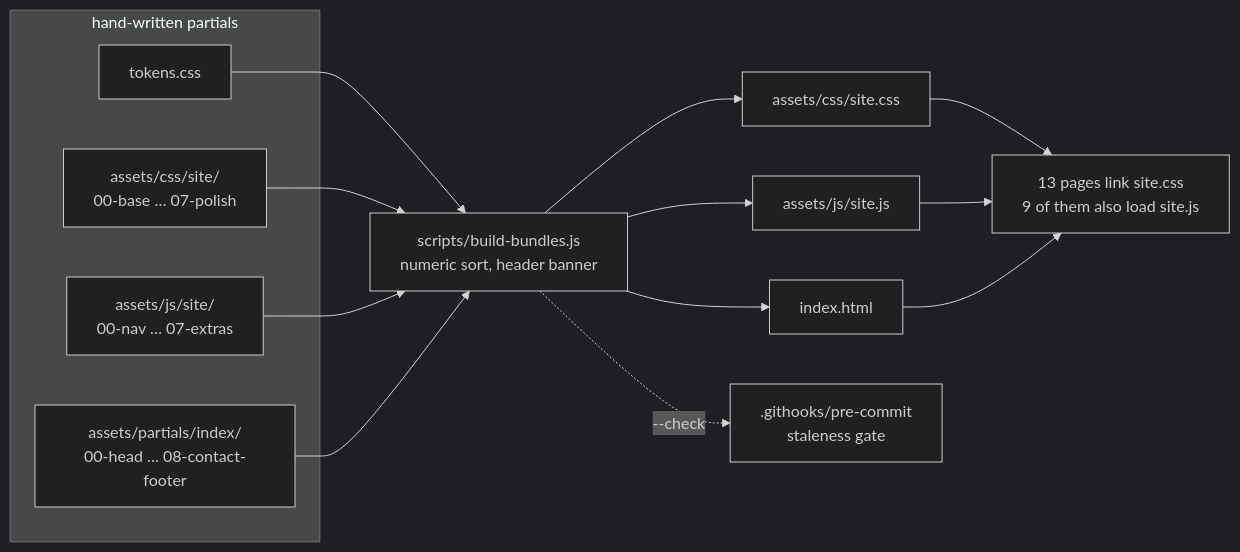
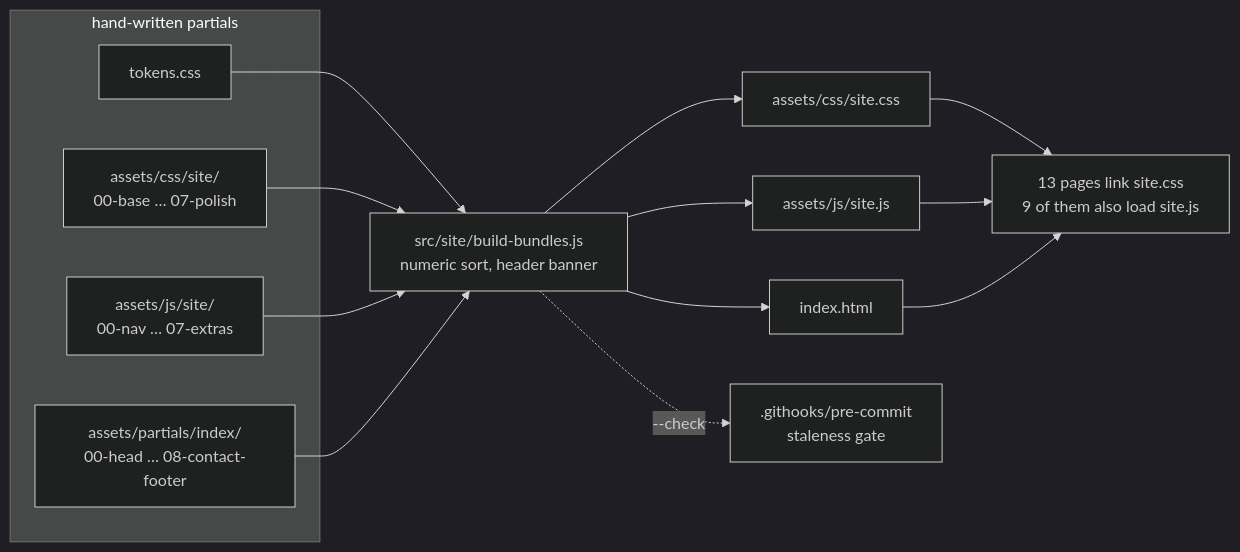
One commit to moses-y/moses-y.github.io changed the first of 2 diagrams in docs/architecture/07-frontend.md. Above: the diagram before and after it, drawn with Mermaid (dark theme). The commit also changed other lines of this file and 160 other files, not shown here.

First line of the commit message:
Reorganise scripts/ into src/ and tests/, and delete the dead images/

````diff
--- a/docs/architecture/07-frontend.md
+++ b/docs/architecture/07-frontend.md
@@ -24,21 +24,21 @@
 ```mermaid
 flowchart LR
   subgraph sources["hand-written partials"]
     T["tokens.css"]
     C["assets/css/site/<br/>00-base … 07-polish"]
     J["assets/js/site/<br/>00-nav … 07-extras"]
     H["assets/partials/index/<br/>00-head … 08-contact-footer"]
   end
-  B["scripts/build-bundles.js<br/>numeric sort, header banner"]
+  B["src/site/build-bundles.js<br/>numeric sort, header banner"]
   T --> B
   C --> B
   J --> B
   H --> B
   B --> OC["assets/css/site.css"]
   B --> OJ["assets/js/site.js"]
   B --> OH["index.html"]
   OC --> P["13 pages link site.css<br/>9 of them also load site.js"]
   OJ --> P
   OH --> P
   B -. "--check" .-> HK[".githooks/pre-commit<br/>staleness gate"]
 ```
````
